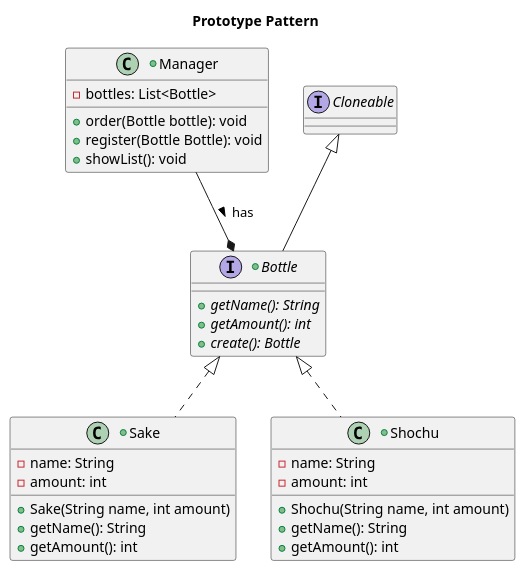
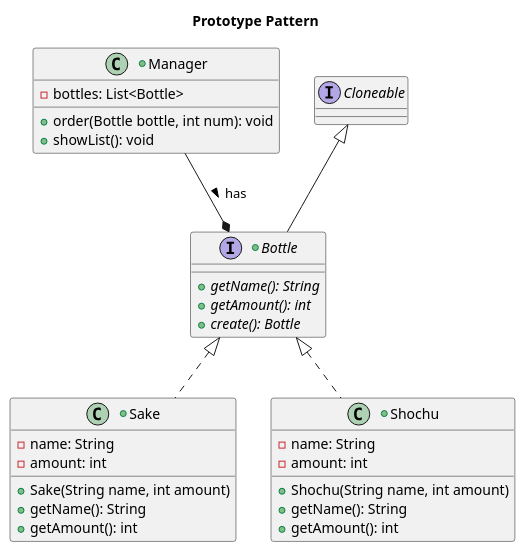
One commit to Shukupon/design-patterns changed the diagram in UML/prototype.pu. Above: the diagram before and after it, drawn with PlantUML. The commit also changed 2 other files, not shown here.

```diff
--- a/UML/prototype.pu
+++ b/UML/prototype.pu
@@ -1,39 +1,38 @@
 @startuml
 
 title Prototype Pattern
 
 Manager --* Bottle:> has
 
 +class Manager{
     -bottles: List<Bottle>
-    +order(Bottle bottle): void
-    +register(Bottle Bottle): void
+    +order(Bottle bottle, int num): void
     +showList(): void
 
 }
 
 +interface Bottle extends Cloneable{
     +{abstract}getName(): String
     +{abstract}getAmount(): int
     +{abstract}create(): Bottle
 }
 
 +class Sake implements Bottle{
     -name: String
     -amount: int
 
     +Sake(String name, int amount)
     +getName(): String
     +getAmount(): int
 }
 
 +class Shochu implements Bottle{
     -name: String
     -amount: int
 
     +Shochu(String name, int amount)
     +getName(): String
     +getAmount(): int
 }
 
 @enduml
```
